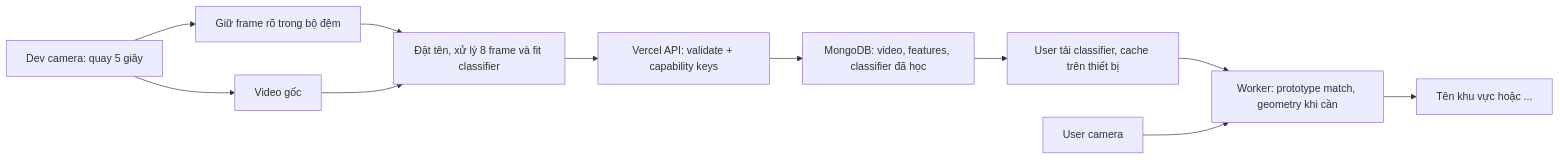
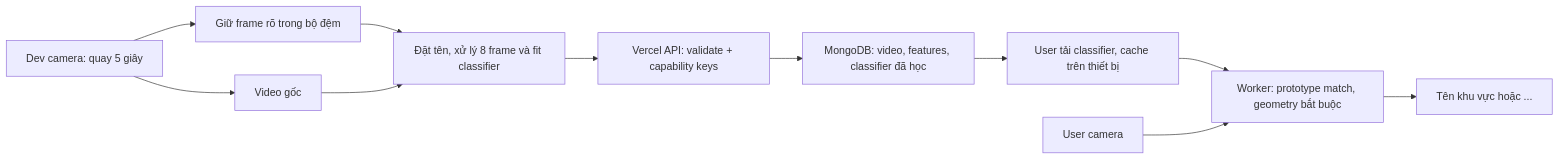
Before and after one commit to dakiemdarktharr/NoSleepClub_HIST: the diagram in README.md, drawn with Mermaid. The commit also changed other lines of this file and 36 other files, not shown here.

````diff
--- a/README.md
+++ b/README.md
@@ -41,13 +54,13 @@
 ```mermaid
 flowchart LR
   A[Dev camera: quay 5 giây] --> B[Giữ frame rõ trong bộ đệm]
   A --> C[Video gốc]
   B --> D[Đặt tên, xử lý 8 frame và fit classifier]
   C --> D
   D --> E[Vercel API: validate + capability keys]
   E --> F[MongoDB: video, features, classifier đã học]
   F --> G[User tải classifier, cache trên thiết bị]
-  G --> H[Worker: prototype match, geometry khi cần]
+  G --> H[Worker: prototype match, geometry bắt buộc]
   I[User camera] --> H
   H --> J[Tên khu vực hoặc ...]
 ```
````
